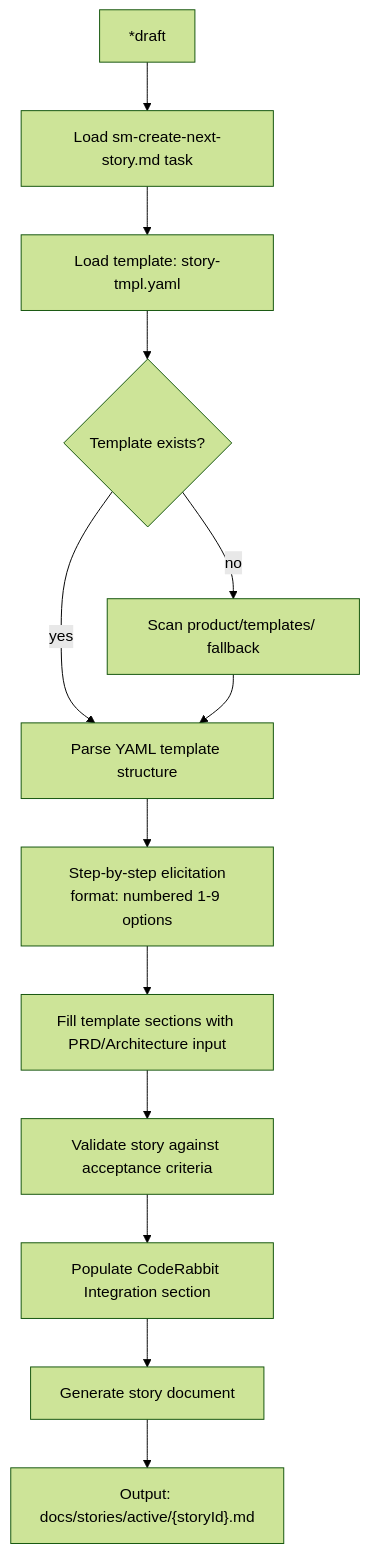
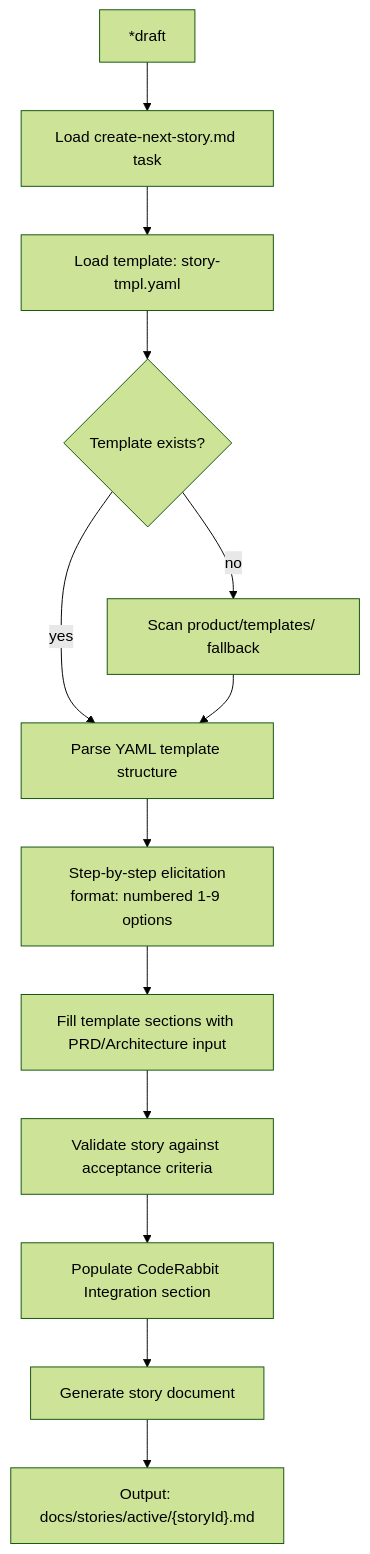
One commit to SynkraAI/aiox-core changed the second of 6 diagrams in docs/guides/agents/traces/sm-execution-trace.md. Above: the diagram before and after it, drawn with Mermaid (forest theme). The commit also changed other lines of this file and 36 other files, not shown here.

````diff
--- a/docs/guides/agents/traces/sm-execution-trace.md
+++ b/docs/guides/agents/traces/sm-execution-trace.md
@@ -136,15 +136,15 @@
 ```mermaid
 flowchart TD
-    A["*draft"] --> B[Load sm-create-next-story.md task]
+    A["*draft"] --> B[Load create-next-story.md task]
     B --> C[Load template: story-tmpl.yaml]
     C --> D{Template exists?}
     D -->|yes| E[Parse YAML template structure]
     D -->|no| F[Scan product/templates/ fallback]
     F --> E
     E --> G[Step-by-step elicitation<br/>format: numbered 1-9 options]
     G --> H[Fill template sections with PRD/Architecture input]
     H --> I[Validate story against acceptance criteria]
     I --> J[Populate CodeRabbit Integration section]
     J --> K[Generate story document]
     K --> L["Output: docs/stories/active/{storyId}.md"]
 ```
````
